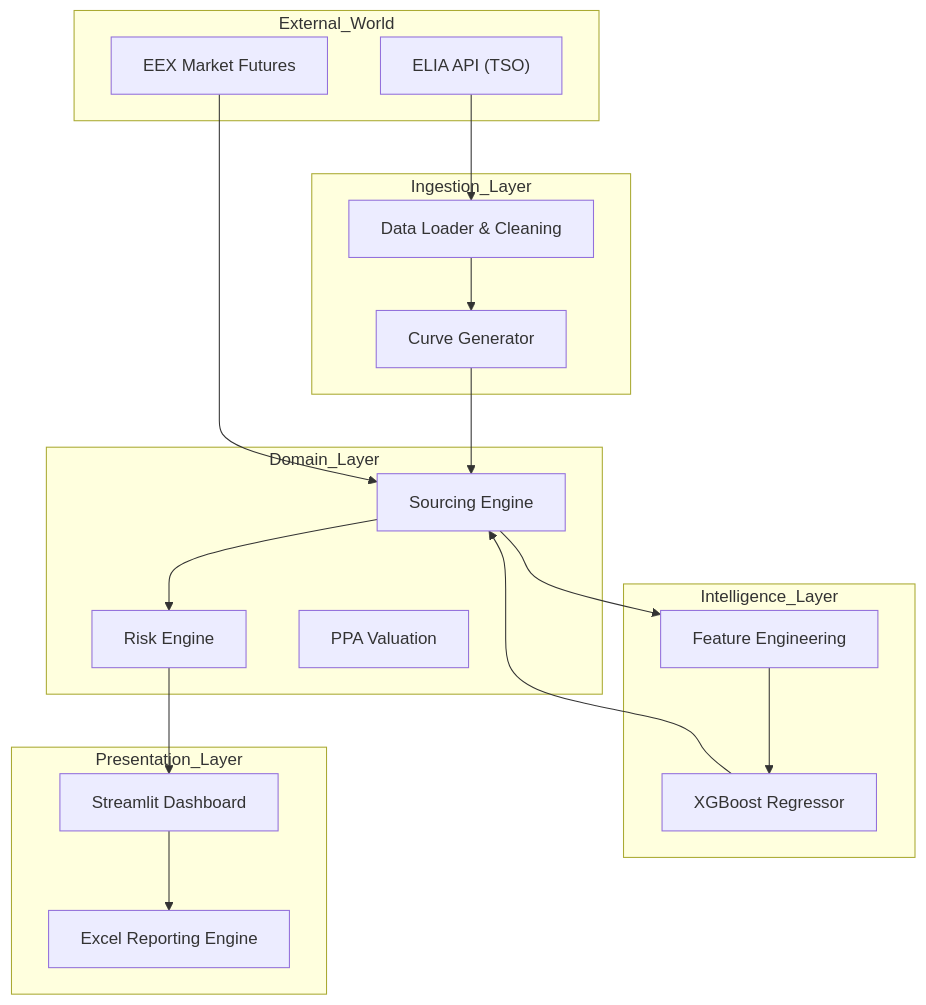
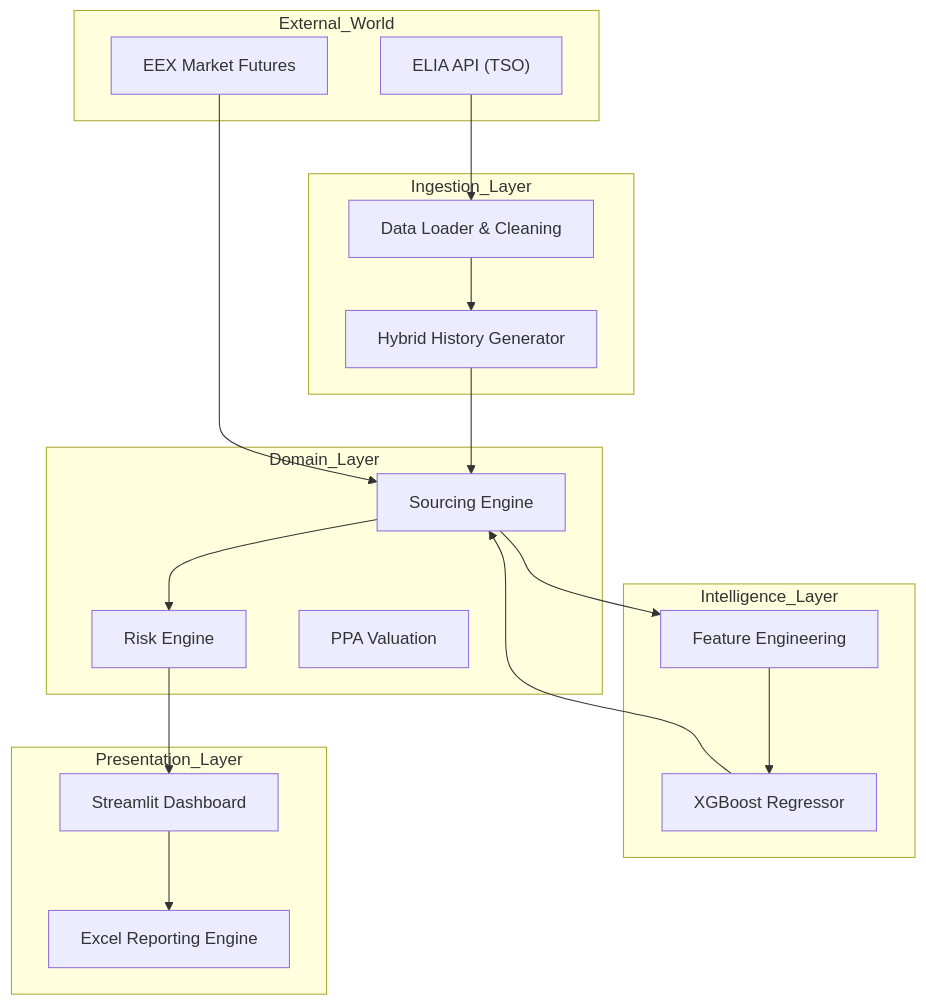
Before and after one commit to 0xMassyl/Voltage.Pricer: the diagram in README.md, drawn with Mermaid. The commit also changed other lines of this file, not shown here.

````diff
--- a/README.md
+++ b/README.md
@@ -89,41 +90,41 @@
 ```mermaid
 graph TD
     subgraph External_World
         ELIA["ELIA API (TSO)"]
         EEX["EEX Market Futures"]
     end
 
     subgraph Ingestion_Layer
         Loader["Data Loader & Cleaning"]
-        Generator["Curve Generator"]
+        Generator["Hybrid History Generator"]
     end
 
     subgraph Intelligence_Layer
         XGB["XGBoost Regressor"]
         Feat["Feature Engineering"]
     end
 
     subgraph Domain_Layer
         Pricing["Sourcing Engine"]
         Risk["Risk Engine"]
         PPA["PPA Valuation"]
     end
 
     subgraph Presentation_Layer
         UI["Streamlit Dashboard"]
         Excel["Excel Reporting Engine"]
     end
 
     ELIA --> Loader
     Loader --> Generator
     Generator --> Pricing
 
     EEX --> Pricing
     Pricing --> Feat
     Feat --> XGB
     XGB --> Pricing
 
     Pricing --> Risk
     Risk --> UI
     UI --> Excel
 ```
````
